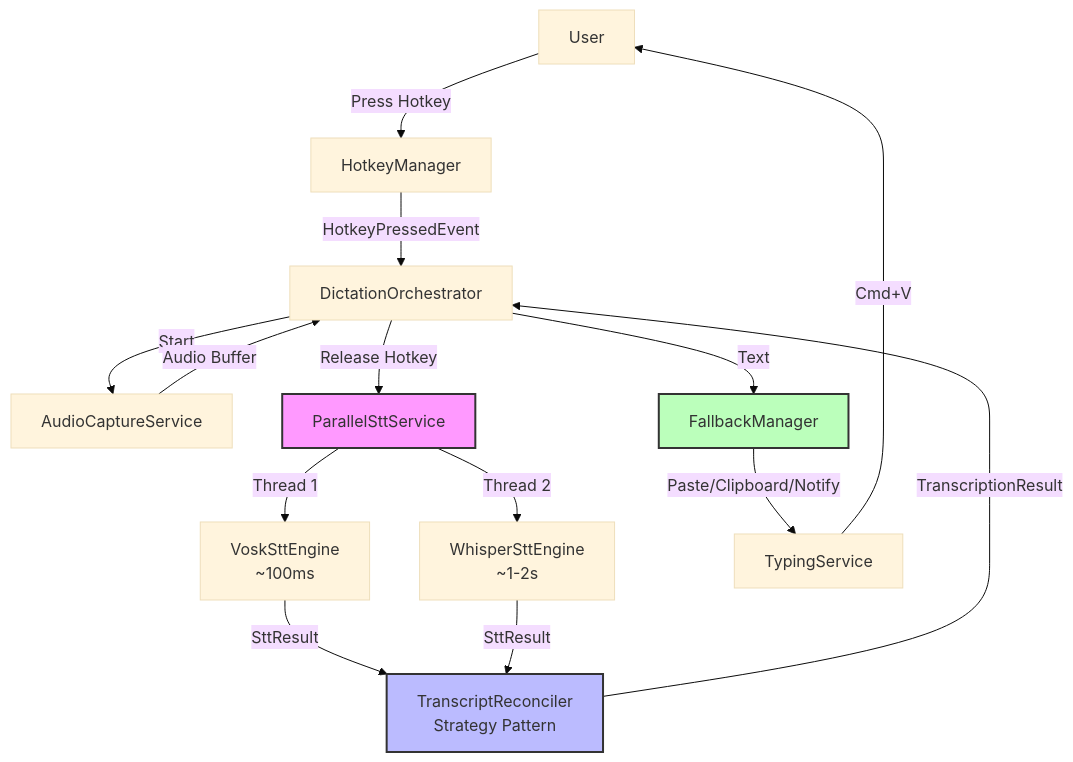
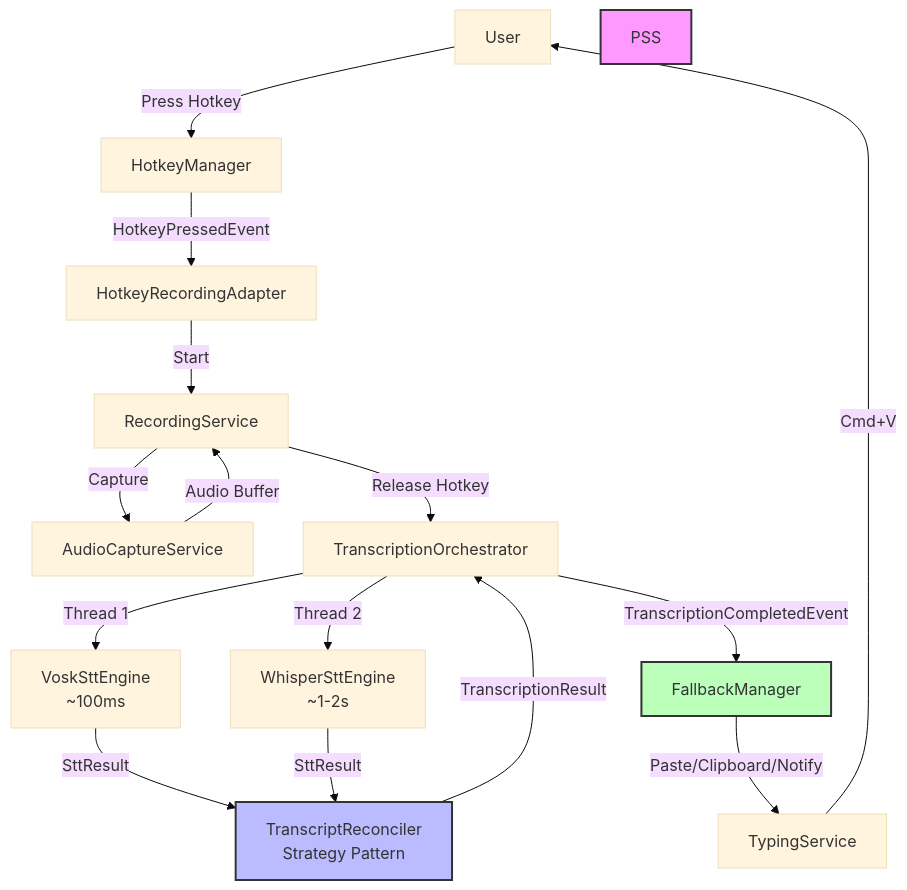
Before and after one commit to phillippitts/speakToMack: the first of 4 diagrams in docs/diagrams/architecture-overview.md, drawn with Mermaid (base theme). The commit also changed other lines of this file and 18 other files, not shown here.

````diff
--- a/docs/diagrams/architecture-overview.md
+++ b/docs/diagrams/architecture-overview.md
@@ -5,23 +5,24 @@
 ```mermaid
 graph TB
     User[User] -->|Press Hotkey| HM[HotkeyManager]
-    HM -->|HotkeyPressedEvent| Orch[DictationOrchestrator]
-    Orch -->|Start| AC[AudioCaptureService]
-    AC -->|Audio Buffer| Orch
-    Orch -->|Release Hotkey| PSS[ParallelSttService]
+    HM -->|HotkeyPressedEvent| Adapter[HotkeyRecordingAdapter]
+    Adapter -->|Start| RS[RecordingService]
+    RS -->|Capture| AC[AudioCaptureService]
+    AC -->|Audio Buffer| RS
+    RS -->|Release Hotkey| TO[TranscriptionOrchestrator]
     
-    PSS -->|Thread 1| Vosk[VoskSttEngine<br/>~100ms]
-    PSS -->|Thread 2| Whisper[WhisperSttEngine<br/>~1-2s]
-    
+    TO -->|Thread 1| Vosk[VoskSttEngine<br/>~100ms]
+    TO -->|Thread 2| Whisper[WhisperSttEngine<br/>~1-2s]
+
     Vosk -->|SttResult| Rec[TranscriptReconciler<br/>Strategy Pattern]
     Whisper -->|SttResult| Rec
-    
-    Rec -->|TranscriptionResult| Orch
-    Orch -->|Text| FM[FallbackManager]
+
+    Rec -->|TranscriptionResult| TO
+    TO -->|TranscriptionCompletedEvent| FM[FallbackManager]
     FM -->|Paste/Clipboard/Notify| TS[TypingService]
     TS -->|Cmd+V| User
     
     style PSS fill:#f9f,stroke:#333,stroke-width:2px
     style Rec fill:#bbf,stroke:#333,stroke-width:2px
     style FM fill:#bfb,stroke:#333,stroke-width:2px
 ```
````
